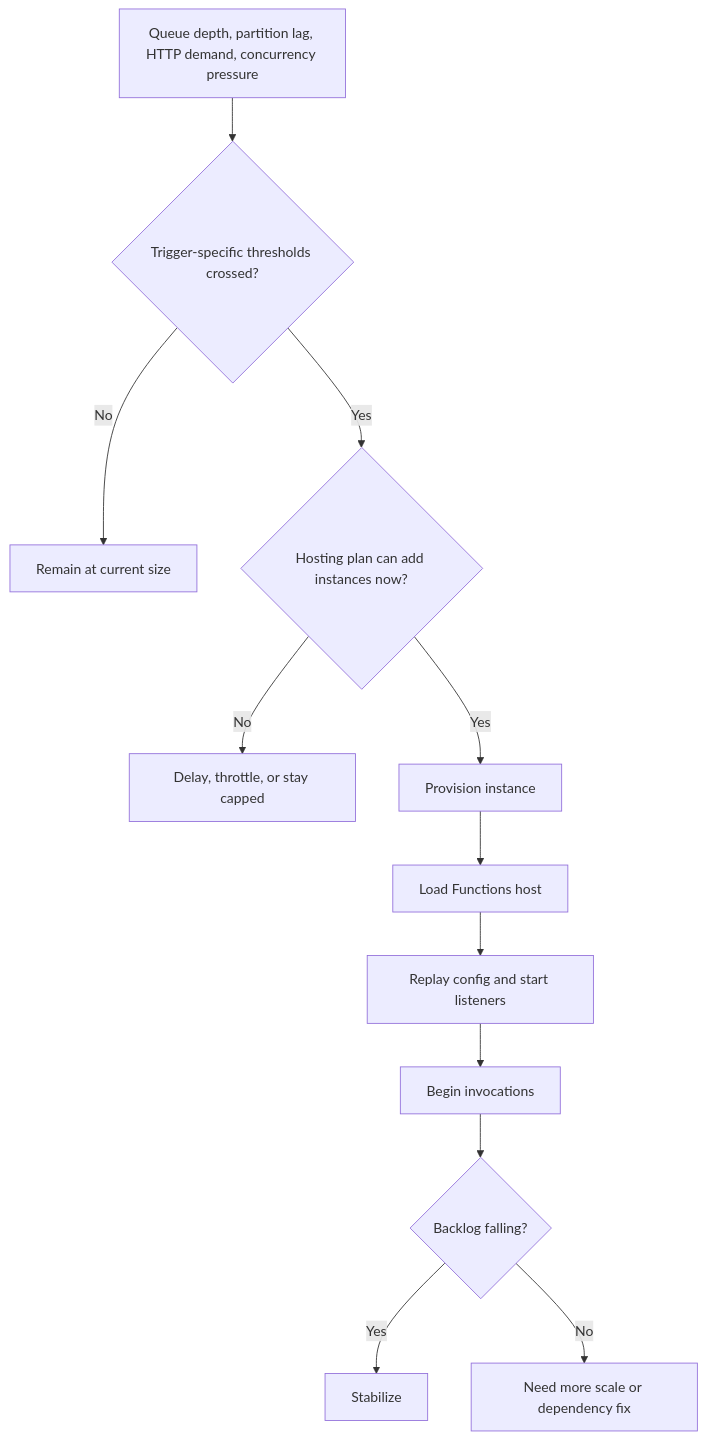
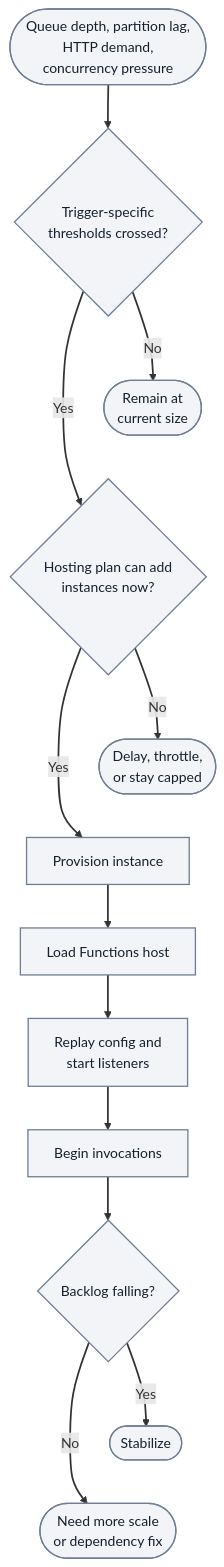
The fifth of 10 diagrams in docs/troubleshooting/architecture-components-reference.md (yeongseon/azure-functions-practical-guide), drawn with Mermaid before and after one commit. The commit also changed other lines of this file and 4 other files, not shown here.

First line of the commit message:
docs(diagrams): migrate Functions troubleshooting overview — architecture components reference and decision tree and related diagnostics (#455)

````diff
--- a/docs/troubleshooting/architecture-components-reference.md
+++ b/docs/troubleshooting/architecture-components-reference.md
@@ -367,14 +377,23 @@
 ```mermaid
 flowchart TD
-    A[Queue depth, partition lag, HTTP demand, concurrency pressure] --> B{Trigger-specific thresholds crossed?}
-    B -->|No| C[Remain at current size]
-    B -->|Yes| D{Hosting plan can add instances now?}
-    D -->|No| E[Delay, throttle, or stay capped]
-    D -->|Yes| F[Provision instance]
-    F --> G[Load Functions host]
-    G --> H[Replay config and start listeners]
-    H --> I[Begin invocations]
-    I --> J{Backlog falling?}
-    J -->|Yes| K[Stabilize]
-    J -->|No| L[Need more scale or dependency fix]
+    accTitle: Scale-out checks and instance readiness
+    accDescr: Illustrative event-driven scale-out sketch for Flex Consumption, Premium and legacy Consumption, not Dedicated App Service scaling. Demand, trigger-specific thresholds and available capacity lead to keeping size, a delay or cap, or instance startup. After invocations begin, falling backlog leads to stabilization; otherwise investigate further scale or dependencies. The stages are conceptual, not a documented internal protocol or a root-cause verdict.
+    A(["Queue depth, partition lag,<br/>HTTP demand,<br/>concurrency pressure"]) --> B{"Trigger-specific<br/>thresholds crossed?"}
+    B -->|No| C(["Remain at<br/>current size"])
+    B -->|Yes| D{"Hosting plan can add<br/>instances now?"}
+    D -->|No| E(["Delay, throttle,<br/>or stay capped"])
+    D -->|Yes| F["Provision instance"]
+    F --> G["Load Functions host"]
+    G --> H["Replay config and<br/>start listeners"]
+    H --> I["Begin invocations"]
+    I --> J{"Backlog falling?"}
+    J -->|Yes| K(["Stabilize"])
+    J -->|No| L(["Need more scale<br/>or dependency fix"])
+    %% Layout-only links tier alternatives; they add no decisions, steps or arrows.
+    C ~~~ D
+    E ~~~ F
+    K ~~~ L
+    classDef baseNeutral fill:#f2f4f8,stroke:#707e93,stroke-width:1.5px,color:#14202e;
+    class A,B,C,D,E,F,G,H,I,J,K,L baseNeutral;
+    linkStyle default stroke-width:2px;
 ```
````
